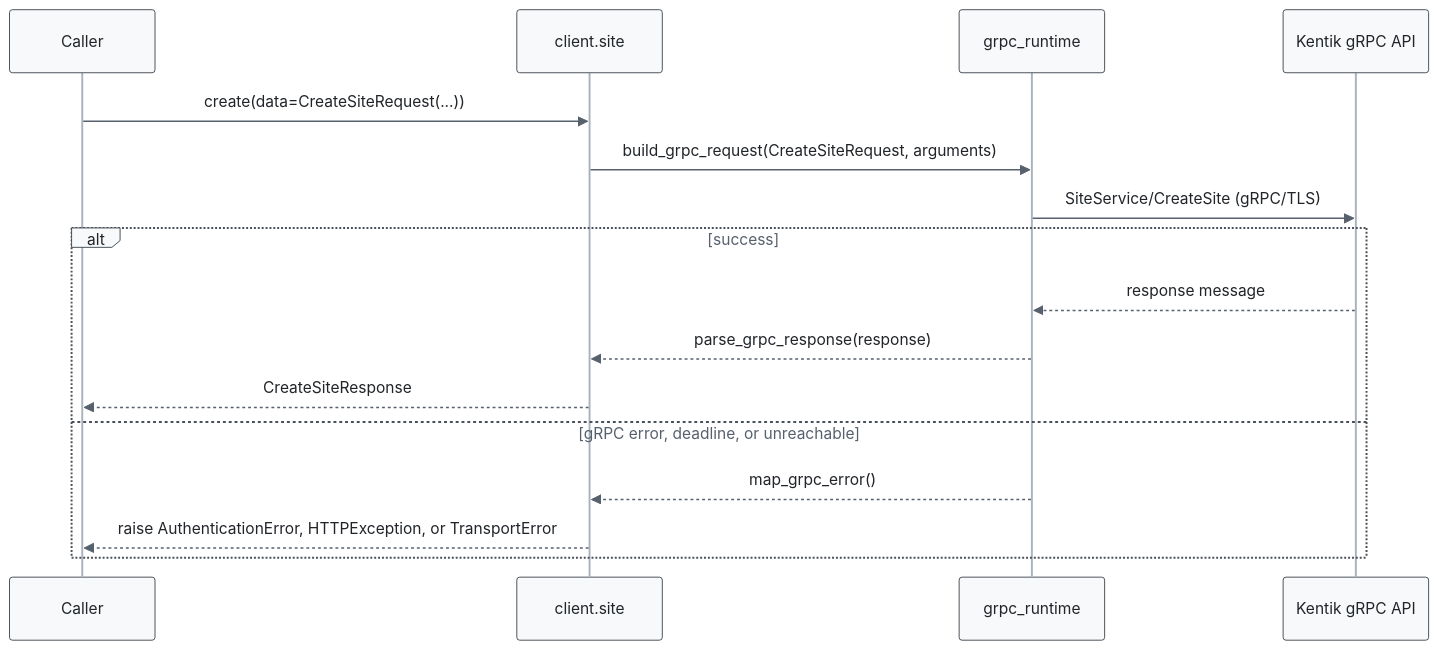
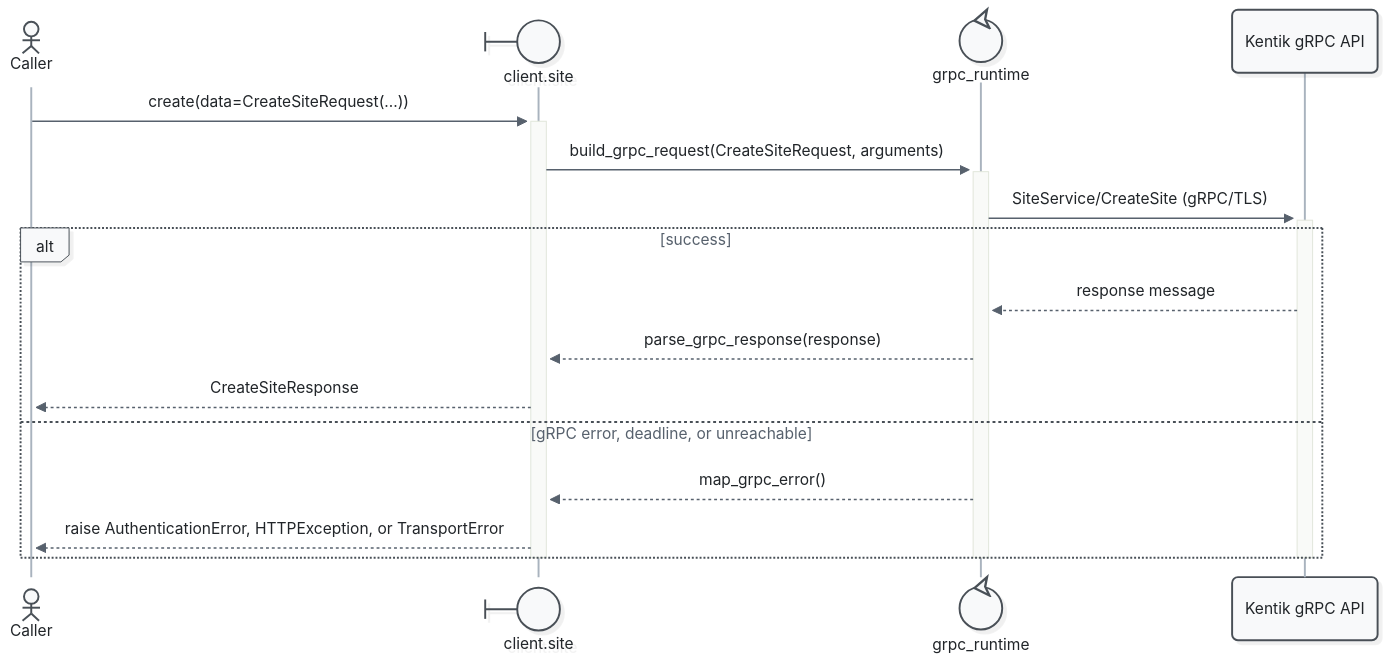
Diagram 14 of 21 in docs/sphinx/services/site.md (alexdearaujo/community_sdk_python), drawn with Mermaid before and after one commit. The commit also changed other lines of this file and 52 other files, not shown here.

First line of the commit message:
docs: Mermaid 12 sequence diagrams with participant types and path colors

````diff
--- a/docs/sphinx/services/site.md
+++ b/docs/sphinx/services/site.md
@@ -511,20 +543,23 @@
 ```mermaid
-%%{init: {"theme": "base", "fontFamily": "ui-monospace, SFMono-Regular, Menlo, monospace", "themeVariables": {"fontFamily": "ui-monospace, SFMono-Regular, Menlo, monospace", "primaryColor": "#f8f9fa", "primaryBorderColor": "#495057", "primaryTextColor": "#212529", "textColor": "#212529", "lineColor": "#77818c", "edgeLabelBackground": "#ffffff", "actorBkg": "#f8f9fa", "actorBorder": "#495057", "actorTextColor": "#212529", "actorLineColor": "#a9b3be", "signalColor": "#57616d", "signalTextColor": "#212529", "labelBoxBkgColor": "#f8f9fa", "labelBoxBorderColor": "#495057", "labelTextColor": "#212529", "loopTextColor": "#57616d", "noteBkgColor": "#fff9db", "noteBorderColor": "#f08c00", "noteTextColor": "#a35a00"}, "flowchart": {"curve": "step", "nodeSpacing": 30, "rankSpacing": 70, "wrappingWidth": 400}}}%%
+%%{init: {"theme": "redux", "look": "neo", "layout": "dagre", "fontFamily": "ui-monospace, SFMono-Regular, Menlo, monospace", "themeVariables": {"fontFamily": "ui-monospace, SFMono-Regular, Menlo, monospace", "primaryColor": "#f8f9fa", "primaryBorderColor": "#495057", "primaryTextColor": "#212529", "textColor": "#212529", "lineColor": "#77818c", "edgeLabelBackground": "#ffffff", "actorBkg": "#f8f9fa", "actorBorder": "#495057", "actorTextColor": "#212529", "actorLineColor": "#a9b3be", "signalColor": "#57616d", "signalTextColor": "#212529", "labelBoxBkgColor": "#f8f9fa", "labelBoxBorderColor": "#495057", "labelTextColor": "#212529", "loopTextColor": "#57616d", "noteBkgColor": "#fff9db", "noteBorderColor": "#f08c00", "noteTextColor": "#a35a00"}, "sequence": {"activationWidth": 16}, "flowchart": {"curve": "step", "nodeSpacing": 30, "rankSpacing": 70, "wrappingWidth": 400}}}%%
 sequenceDiagram
-    participant C as Caller
-    participant W as client.site
-    participant R as grpc_runtime
+    actor C as Caller
+    participant W@{ "type": "boundary" } as client.site
+    participant R@{ "type": "control" } as grpc_runtime
     participant API as Kentik gRPC API
 
-    C->>W: create(data=CreateSiteRequest(...))
-    W->>R: build_grpc_request(CreateSiteRequest, arguments)
-    R->>API: SiteService/CreateSite (gRPC/TLS)
+    C->>+W: create(data=CreateSiteRequest(...))
+    W->>+R: build_grpc_request(CreateSiteRequest, arguments)
+    R->>+API: SiteService/CreateSite (gRPC/TLS)
     alt success
         API-->>R: response message
         R-->>W: parse_grpc_response(response)
         W-->>C: CreateSiteResponse
     else gRPC error, deadline, or unreachable
         R-->>W: map_grpc_error()
         W-->>C: raise AuthenticationError, HTTPException, or TransportError
     end
+    deactivate API
+    deactivate R
+    deactivate W
 ```
````
